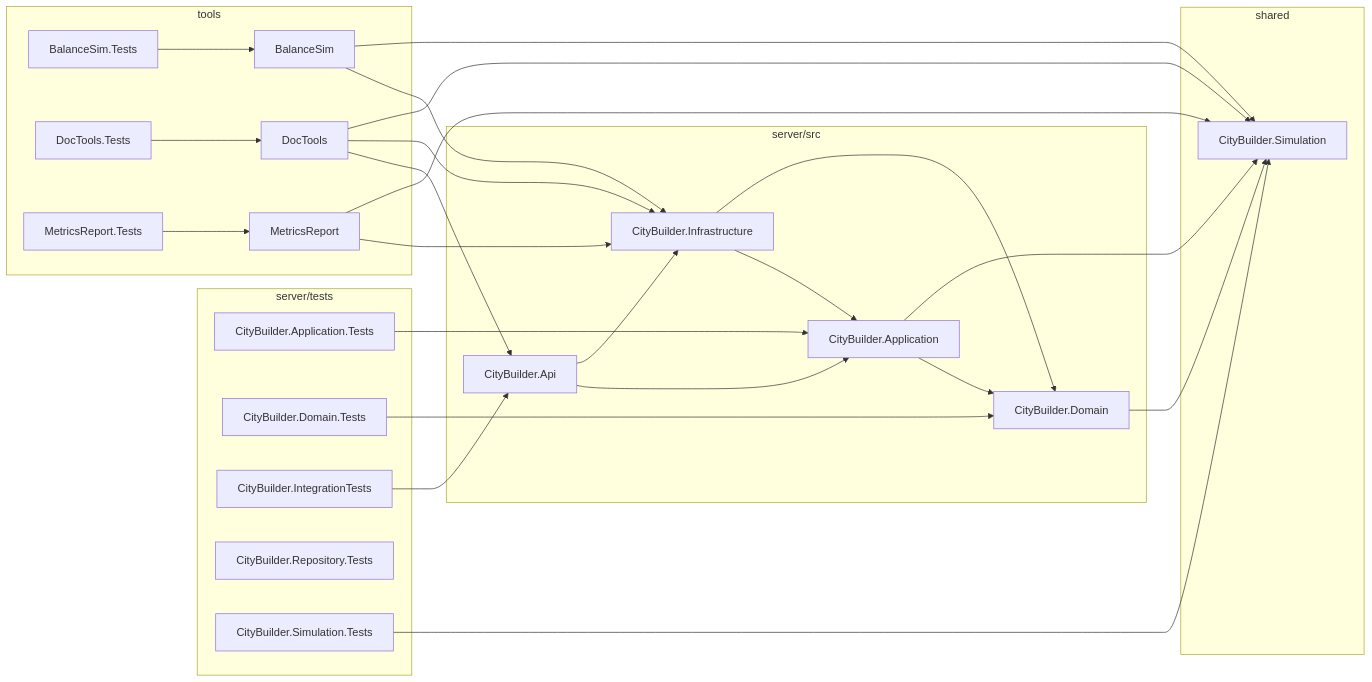
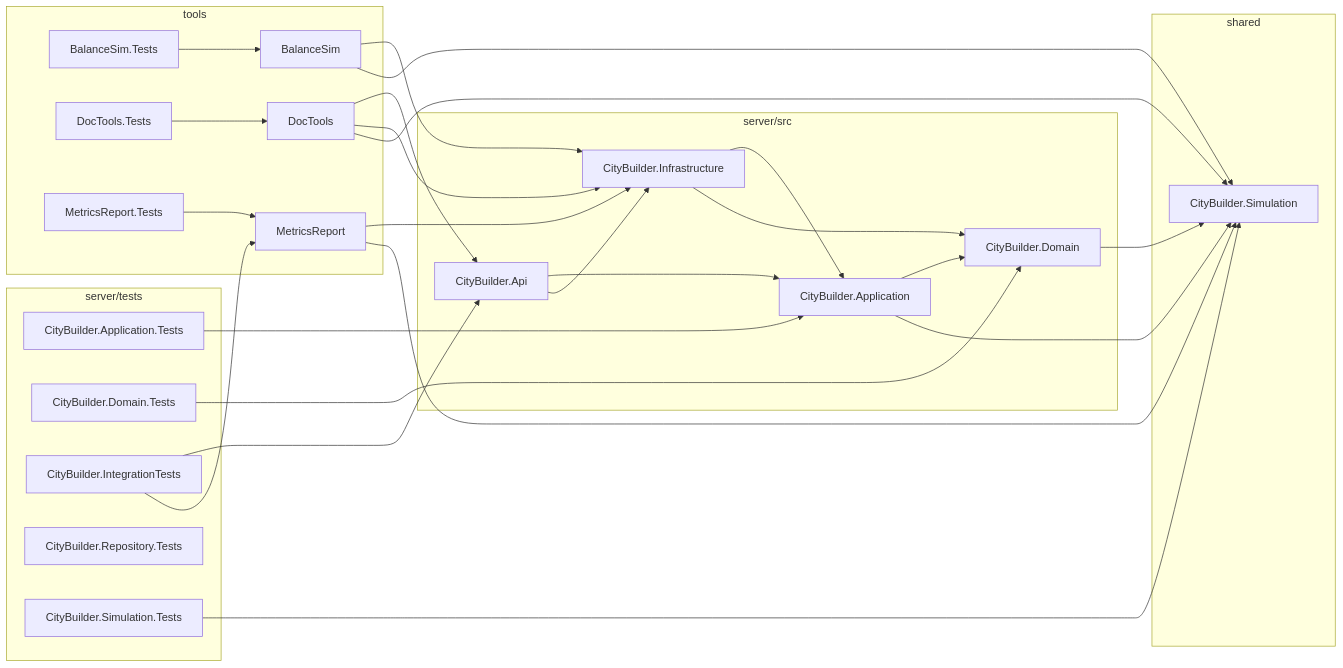
Before and after one commit to Samurai-netizen/citybuild: the first of 2 diagrams in docs/reference/generated/project-map.md, drawn with Mermaid. The commit also changed other lines of this file and 3 other files, not shown here.

````diff
--- a/docs/reference/generated/project-map.md
+++ b/docs/reference/generated/project-map.md
@@ -11,48 +11,49 @@
 ```mermaid
 flowchart LR
   subgraph n_server_src["server/src"]
     n_CityBuilder_Api["CityBuilder.Api"]
     n_CityBuilder_Application["CityBuilder.Application"]
     n_CityBuilder_Domain["CityBuilder.Domain"]
     n_CityBuilder_Infrastructure["CityBuilder.Infrastructure"]
   end
   subgraph n_server_tests["server/tests"]
     n_CityBuilder_Application_Tests["CityBuilder.Application.Tests"]
     n_CityBuilder_Domain_Tests["CityBuilder.Domain.Tests"]
     n_CityBuilder_IntegrationTests["CityBuilder.IntegrationTests"]
     n_CityBuilder_Repository_Tests["CityBuilder.Repository.Tests"]
     n_CityBuilder_Simulation_Tests["CityBuilder.Simulation.Tests"]
   end
   subgraph n_shared["shared"]
     n_CityBuilder_Simulation["CityBuilder.Simulation"]
   end
   subgraph n_tools["tools"]
     n_BalanceSim_Tests["BalanceSim.Tests"]
     n_BalanceSim["BalanceSim"]
     n_DocTools_Tests["DocTools.Tests"]
     n_DocTools["DocTools"]
     n_MetricsReport_Tests["MetricsReport.Tests"]
     n_MetricsReport["MetricsReport"]
   end
   n_CityBuilder_Api --> n_CityBuilder_Application
   n_CityBuilder_Api --> n_CityBuilder_Infrastructure
   n_CityBuilder_Application --> n_CityBuilder_Domain
   n_CityBuilder_Application --> n_CityBuilder_Simulation
   n_CityBuilder_Domain --> n_CityBuilder_Simulation
   n_CityBuilder_Infrastructure --> n_CityBuilder_Application
   n_CityBuilder_Infrastructure --> n_CityBuilder_Domain
   n_CityBuilder_Application_Tests --> n_CityBuilder_Application
   n_CityBuilder_Domain_Tests --> n_CityBuilder_Domain
   n_CityBuilder_IntegrationTests --> n_CityBuilder_Api
+  n_CityBuilder_IntegrationTests --> n_MetricsReport
   n_CityBuilder_Simulation_Tests --> n_CityBuilder_Simulation
   n_BalanceSim_Tests --> n_BalanceSim
   n_BalanceSim --> n_CityBuilder_Infrastructure
   n_BalanceSim --> n_CityBuilder_Simulation
   n_DocTools_Tests --> n_DocTools
   n_DocTools --> n_CityBuilder_Api
   n_DocTools --> n_CityBuilder_Infrastructure
   n_DocTools --> n_CityBuilder_Simulation
   n_MetricsReport_Tests --> n_MetricsReport
   n_MetricsReport --> n_CityBuilder_Infrastructure
   n_MetricsReport --> n_CityBuilder_Simulation
 ```
````
